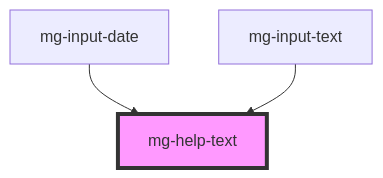
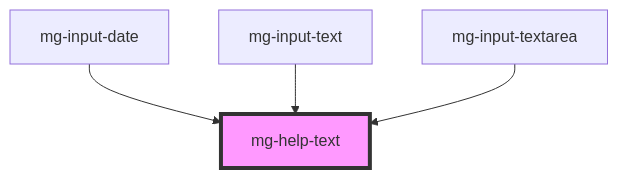
Before and after one commit to MGDIS/mg-components: the diagram in src/components/atoms/mg-help-text/readme.md, drawn with Mermaid. The commit also changed other lines of this file and 18 other files, not shown here.

````diff
--- a/src/components/atoms/mg-help-text/readme.md
+++ b/src/components/atoms/mg-help-text/readme.md
@@ -23,6 +24,7 @@
 ```mermaid
 graph TD;
   mg-input-date --> mg-help-text
   mg-input-text --> mg-help-text
+  mg-input-textarea --> mg-help-text
   style mg-help-text fill:#f9f,stroke:#333,stroke-width:4px
 ```
````
